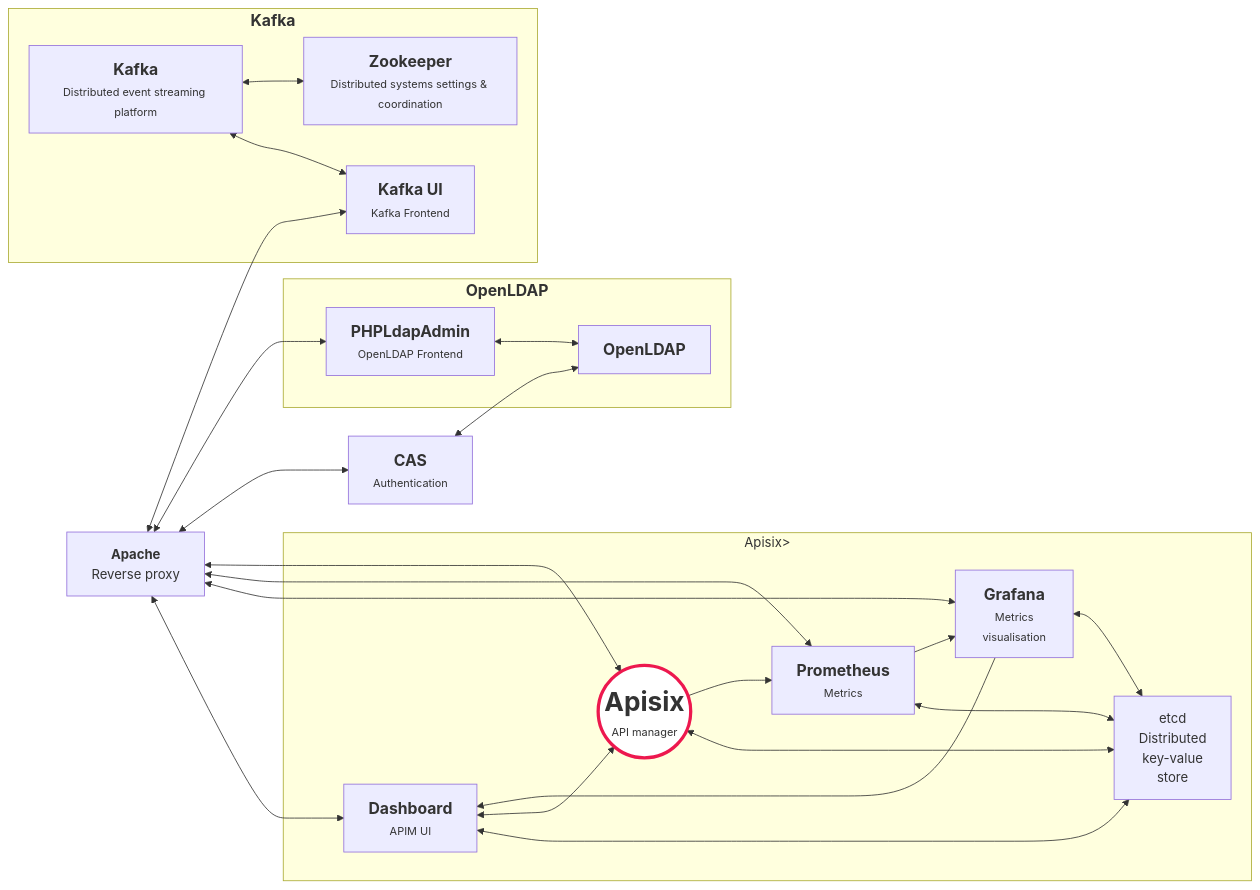
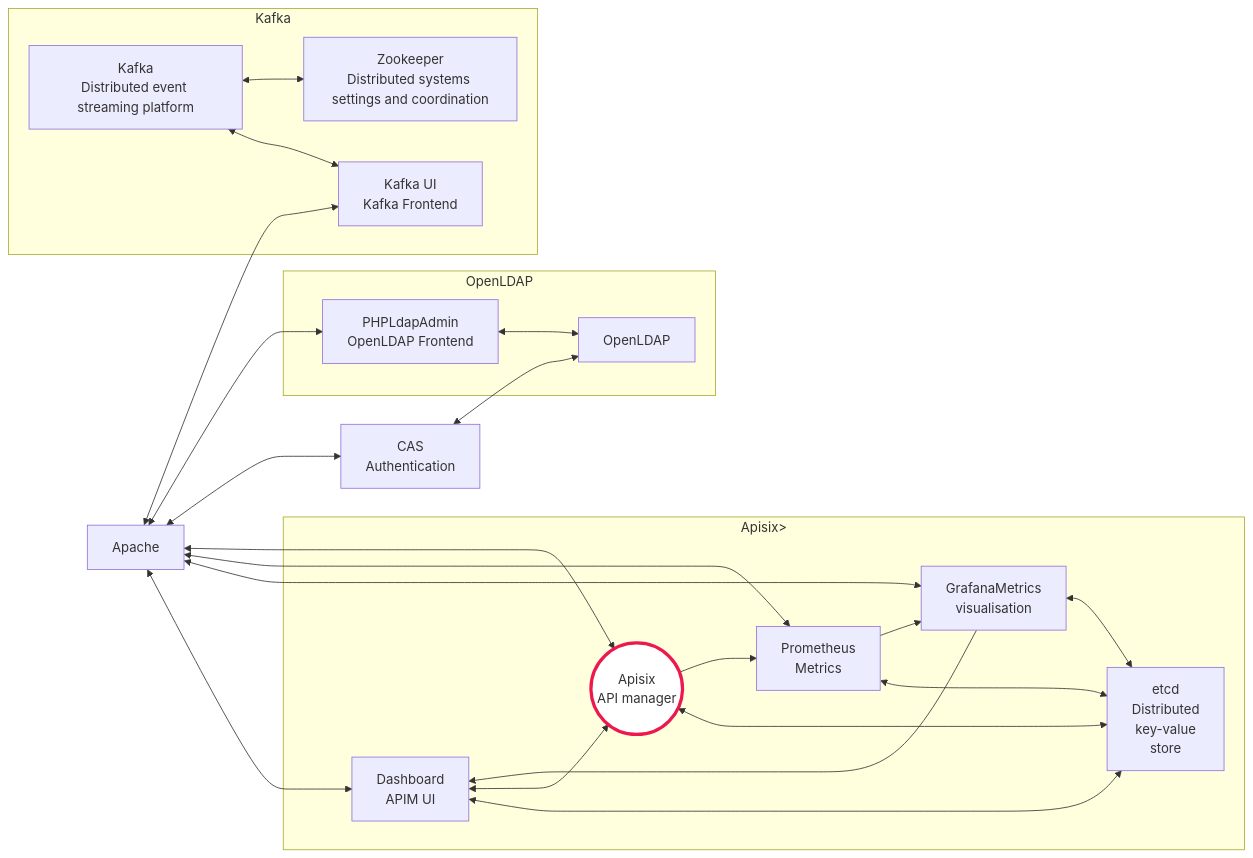
The diagram in README.md (avenirs-esr/srv-dev), drawn with Mermaid before and after one commit.

Commit message:
fix: fix mermaid issues

````diff
--- a/README.md
+++ b/README.md
@@ -16,44 +16,44 @@
 ```mermaid
 graph LR;
 subgraph apisix[Apisix>]
   apx_etcd[etcd<br/>Distributed<br/>key-value<br/>store] 
-  apx_ui["<big><strong>Dashboard</strong></big><br/><small>APIM UI<small>"] <--> apx_etcd
-  apx_grafana["<big><strong>&nbsp;Grafana&nbsp;</strong></big><br/><small>Metrics<br/>visualisation</small>"] <--> apx_etcd
-  apx_prometheus["<big><strong>Prometheus</strong></big><br/><small>Metrics</small>"] <--> apx_etcd
-  apx_core(("<big><strong><font size=6em>Apisix</font></strong></big><br/><small>API manager</small>")) <--> apx_etcd
+  apx_ui[Dashboard<br/>APIM UI] <--> apx_etcd
+  apx_grafana[GrafanaMetrics<br/>visualisation] <--> apx_etcd
+  apx_prometheus[Prometheus<br/>Metrics] <--> apx_etcd
+  apx_core((Apisix<br/>API manager)) <--> apx_etcd
 
   apx_grafana --> apx_ui
   apx_prometheus --> apx_grafana
   apx_ui <--> apx_core -->apx_prometheus
 end 
 
-cas["<big ><strong>CAS</strong></big><br/><small>Authentication</small>"] 
+cas[CAS<br/>Authentication] 
 
-subgraph openldap["<big><strong>OpenLDAP<br/></strong></big>"]
-  oldap_openldap["<big><strong>OpenLDAP</strong></big><br/>"] 
-  oldap_phpldapadmin["<big><strong>PHPLdapAdmin</strong></big><br/><small>OpenLDAP Frontend</small>"] 
+subgraph openldap[OpenLDAP<br/>]
+  oldap_openldap[OpenLDAP<br/>] 
+  oldap_phpldapadmin[PHPLdapAdmin<br/>OpenLDAP Frontend] 
   oldap_phpldapadmin<-->oldap_openldap
 end
-apache["<strong>Apache</strong><br/>Reverse proxy</strong>"] 
+apache[Apache<br/>Reverse proxy] 
 
-subgraph kafka["<big><strong>Kafka<br/></strong></big>"]
-  kfk_kafka["<big><strong>Kafka</strong></big><br/><small>Distributed event streaming platform</small>"] 
-  kfk_kafka_ui["<big><strong>Kafka UI</strong></big><br/><small>Kafka Frontend</small>"] 
-  kfk_zookeeper["<big><strong>Zookeeper</strong></big><br/><small>Distributed systems settings &amp; coordination</small>"] 
+subgraph kafka[Kafka]
+  kfk_kafka[Kafka<br/>Distributed event streaming platform] 
+  kfk_kafka_ui[Kafka UI<br/>Kafka Frontend] 
+  kfk_zookeeper[Zookeeper<br/>Distributed systems settings and coordination] 
   kfk_kafka<-->kfk_kafka_ui
   kfk_kafka<-->kfk_zookeeper
 end
 
 cas <--> oldap_openldap
 apache  <--> apx_ui
 apache  <--> apx_grafana
 apache  <--> apx_prometheus
 apache  <--> apx_core
 apache <--> cas 
 apache <--> oldap_phpldapadmin
 apache <--> kfk_kafka_ui
 
-apache["<strong>Apache</strong><br/>Reverse proxy</strong>"] 
+apache[Apache] 
 classDef main fill:white,stroke:#ed184e,stroke-width:4px, min-width:2000px
 class apx_core main
 ```
````
